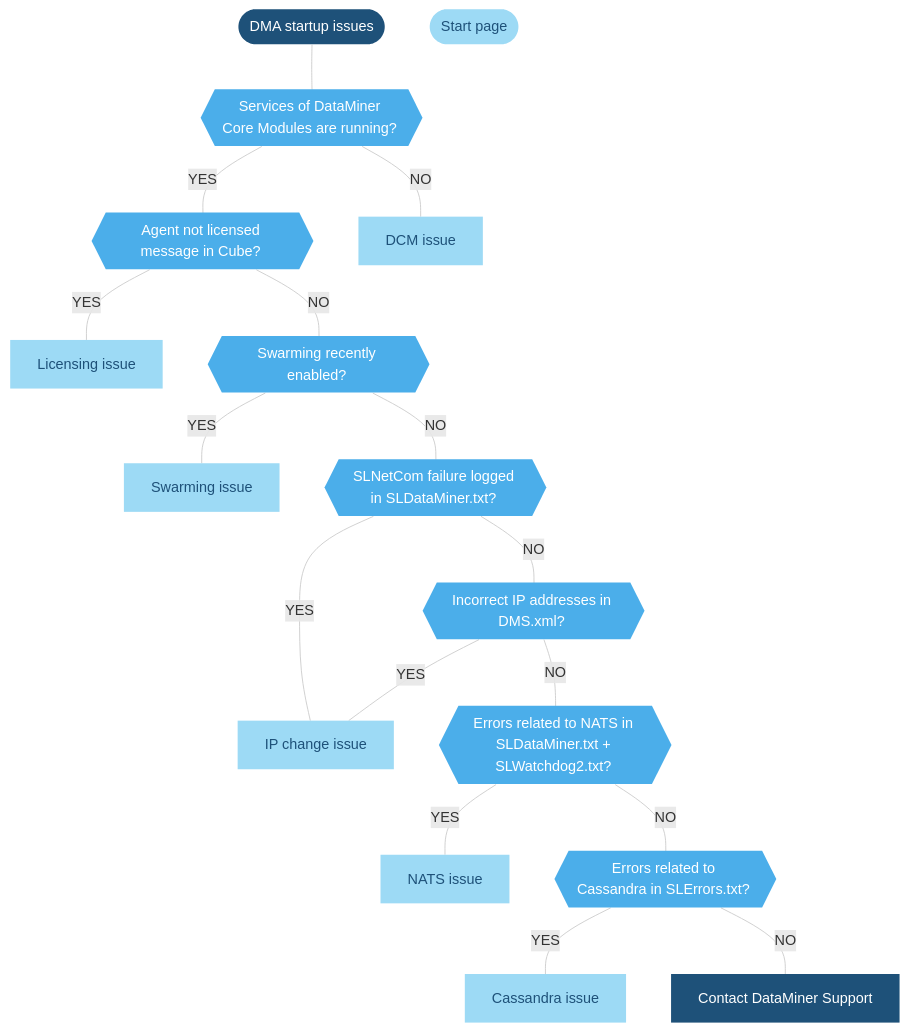
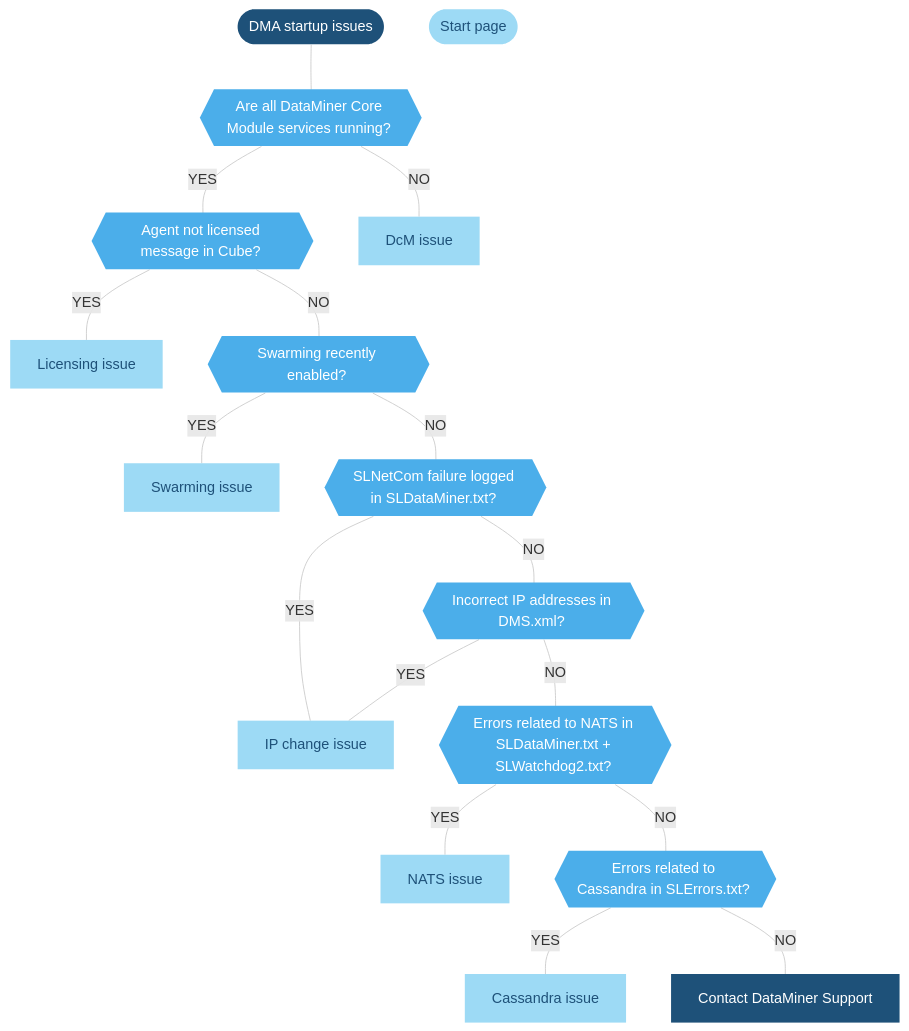
Before and after one commit to SkylineCommunications/dataminer-docs: the diagram in user-guide/Troubleshooting/Troubleshooting_Flowcharts/Troubleshooting_Startup_Issues.md, drawn with Mermaid. The commit also changed other lines of this file, not shown here.

````diff
--- a/user-guide/Troubleshooting/Troubleshooting_Flowcharts/Troubleshooting_Startup_Issues.md
+++ b/user-guide/Troubleshooting/Troubleshooting_Flowcharts/Troubleshooting_Startup_Issues.md
@@ -9,62 +9,62 @@
 ```mermaid
 flowchart TD
 %% Define styles %%
 linkStyle default stroke:#cccccc
 classDef LightBlue fill:#9DDAF5,stroke:#000070,stroke-width:0px, color:#1E5179;
 classDef Blue fill:#4BAEEA,stroke:#000070,stroke-width:0px, color:#FFFFFF;
 classDef DarkGray fill:#58595B,stroke:#000070,stroke-width:0px, color:#FFFFFF;
 classDef Gray fill:#999999,stroke:#000070,stroke-width:0px, color:#FFFFFF;
 classDef DarkBlue fill:#1E5179,stroke:#000070,stroke-width:0px, color:#FFFFFF;
 classDef classExternalRef fill:#9ddaf5,stroke:#9ddaf5,color:#1E5179,stroke-width:0px;
 
 %% Define blocks %%
 DMAStartupIssues([DMA startup issues])
-ServicesRunning{{"Services of DataMiner Core Modules are running? <br/>"}}
-DCMIssue["DCM issue"]
+ServicesRunning{{"Are all DataMiner Core Module services running? <br/>"}}
+DCMIssue["DcM issue"]
 AgentNotLicensed{{"Agent not licensed message in Cube? <br/>"}}
 SwarmingEnabled{{"Swarming recently enabled? <br/>"}}
 SLNetComFailure{{"SLNetCom failure logged in SLDataMiner.txt? <br/>"}}
 IncorrectIPAddresses{{"Incorrect IP addresses in DMS.xml? <br/>"}}
 NATSErrors{{"Errors related to NATS in SLDataMiner.txt + SLWatchdog2.txt? <br/>"}}
 CassandraErrors{{"Errors related to Cassandra in SLErrors.txt? <br/> "}}
 LicensingIssue["Licensing issue"]
 SwarmingIssue["Swarming issue"]
 IPChangeIssue["IP change issue"]
 NATSIssue["NATS issue"]
 CassandraIssue["Cassandra issue"]
 ContactTechSupport["Contact DataMiner Support"]
 
 %% Connect blocks %%
 DMAStartupIssues --- ServicesRunning
 Home([Start page])
 ServicesRunning --- |YES| AgentNotLicensed
 ServicesRunning --- |NO| DCMIssue
 AgentNotLicensed --- |YES| LicensingIssue
 AgentNotLicensed --- |NO| SwarmingEnabled
 SwarmingEnabled --- |YES| SwarmingIssue
 SwarmingEnabled --- |NO| SLNetComFailure
 SLNetComFailure --- |YES| IPChangeIssue
 SLNetComFailure --- |NO| IncorrectIPAddresses
 IncorrectIPAddresses --- |YES| IPChangeIssue
 IncorrectIPAddresses --- |NO| NATSErrors
 NATSErrors --- |YES| NATSIssue
 NATSErrors --- |NO| CassandraErrors
 CassandraErrors --- |YES| CassandraIssue
 CassandraErrors --- |NO| ContactTechSupport
 
 %% Define hyperlinks %%
 click Home "/user-guide/Troubleshooting/Troubleshooting_Flowcharts/Finding_a_Root_Cause.html"
 click DCMIssue "/user-guide/Troubleshooting/Troubleshooting_Flowcharts/Troubleshooting_Startup_Issues.html#dcm-issue"
 click LicensingIssue "/user-guide/Troubleshooting/Troubleshooting_Flowcharts/Troubleshooting_Startup_Issues.html#licensing-issue"
 click SwarmingIssue "/user-guide/Troubleshooting/Troubleshooting_Flowcharts/Troubleshooting_Startup_Issues.html#swarming-issue"
 click IPChangeIssue "/user-guide/Troubleshooting/Troubleshooting_Flowcharts/Troubleshooting_Startup_Issues.html#ip-change-issue"
 click NATSIssue "/user-guide/Troubleshooting/Troubleshooting_Flowcharts/Troubleshooting_Startup_Issues.html#nats-issue"
 click CassandraIssue "/user-guide/Troubleshooting/Troubleshooting_Flowcharts/Troubleshooting_Startup_Issues.html#cassandra-issue"
 click ContactTechSupport "/user-guide/Troubleshooting/Contacting_tech_support.html"
 
 %% Apply styles to blocks %%
 class DMAStartupIssues,ContactTechSupport DarkBlue;
 class LicensingIssue,SwarmingIssue,IPChangeIssue,NATSIssue,CassandraIssue,DCMIssue classExternalRef;
 class ServicesRunning,AgentNotLicensed,SwarmingEnabled,SLNetComFailure,IncorrectIPAddresses,NATSErrors,CassandraErrors Blue;
 class Home LightBlue;
 ```
````
